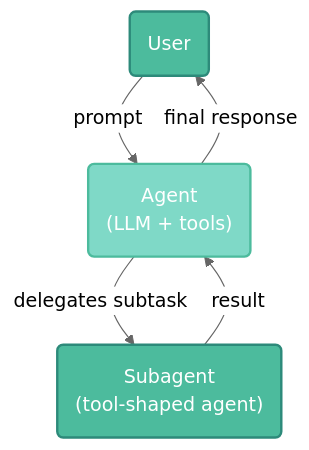
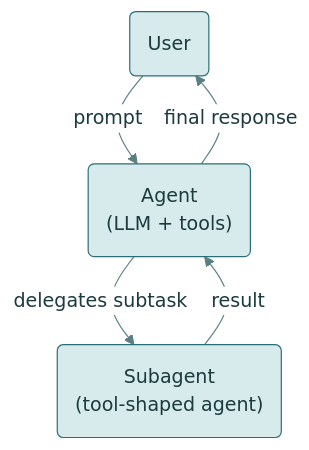
Before and after one commit to mjfrigaard/shiny-app-pkgs: the first of 3 diagrams in btw.qmd, drawn with Mermaid. The commit also changed other lines of this file and 22 other files, not shown here.

First line of the commit message:
Standardize mermaid diagrams on the site teal palette

````diff
--- a/btw.qmd
+++ b/btw.qmd
@@ -547,16 +547,17 @@
 ```{mermaid}
 %%| fig-cap: 'Agents vs. subagents'
 %%| fig-align: center
-%%{init: {'theme': 'neutral', 'themeVariables': { 'fontFamily': 'monospace', "fontSize":"16px"}}}%%
+%%{init: {'theme': 'base', 'themeVariables': { 'fontFamily': 'monospace', "fontSize":"16px", "primaryColor":"#D7EBEC", "primaryTextColor":"#1B3B3F", "primaryBorderColor":"#2A6F77", "lineColor":"#5A7F83", "edgeLabelBackground":"#FFFFFF", "clusterBkg":"#F3F8F8", "clusterBorder":"#2A6F77", "darkMode":false}}}%%
 
 flowchart TD
     User(User) -->|prompt| Agt("Agent<br>(LLM + tools)")
     Agt -->|delegates subtask| SubAgt("Subagent<br>(tool-shaped agent)")
     SubAgt -->|result| Agt
     Agt -->|final response| User
 
-    style User fill:#4CBB9D,color:#fff,stroke:#2d8a7a,stroke-width:2px
-    style Agt fill:#7fd9c7,color:#fff,stroke:#4CBB9D,stroke-width:2px
-    style SubAgt fill:#4CBB9D,color:#fff,stroke:#2d8a7a,stroke-width:2px
-
+    classDef term fill:#2A6F77,color:#FFFFFF,stroke:#1B4F55,stroke-width:1px
+    classDef step fill:#D7EBEC,color:#1B3B3F,stroke:#2A6F77,stroke-width:1px
+    classDef decision fill:#F4C26B,color:#3D2A00,stroke:#B7832B,stroke-width:1px
+    classDef io fill:#FFFFFF,color:#1B3B3F,stroke:#2A6F77,stroke-width:1px
+    class Agt,SubAgt step
 ```
````
